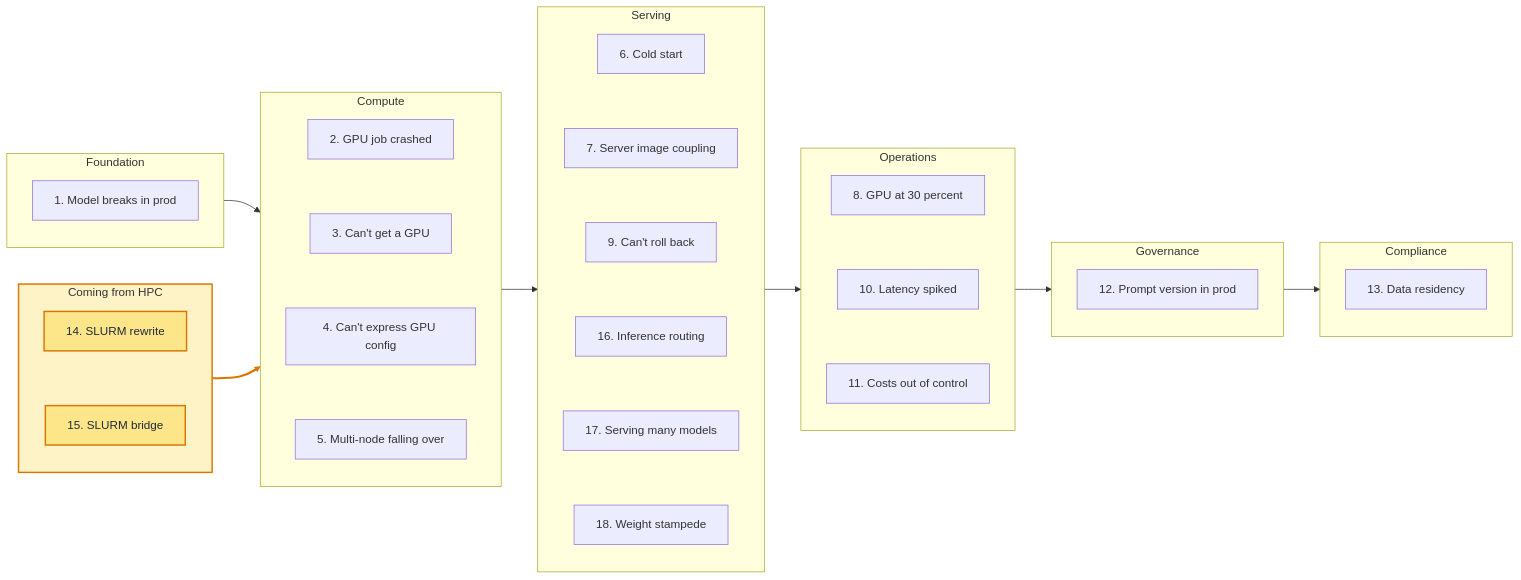
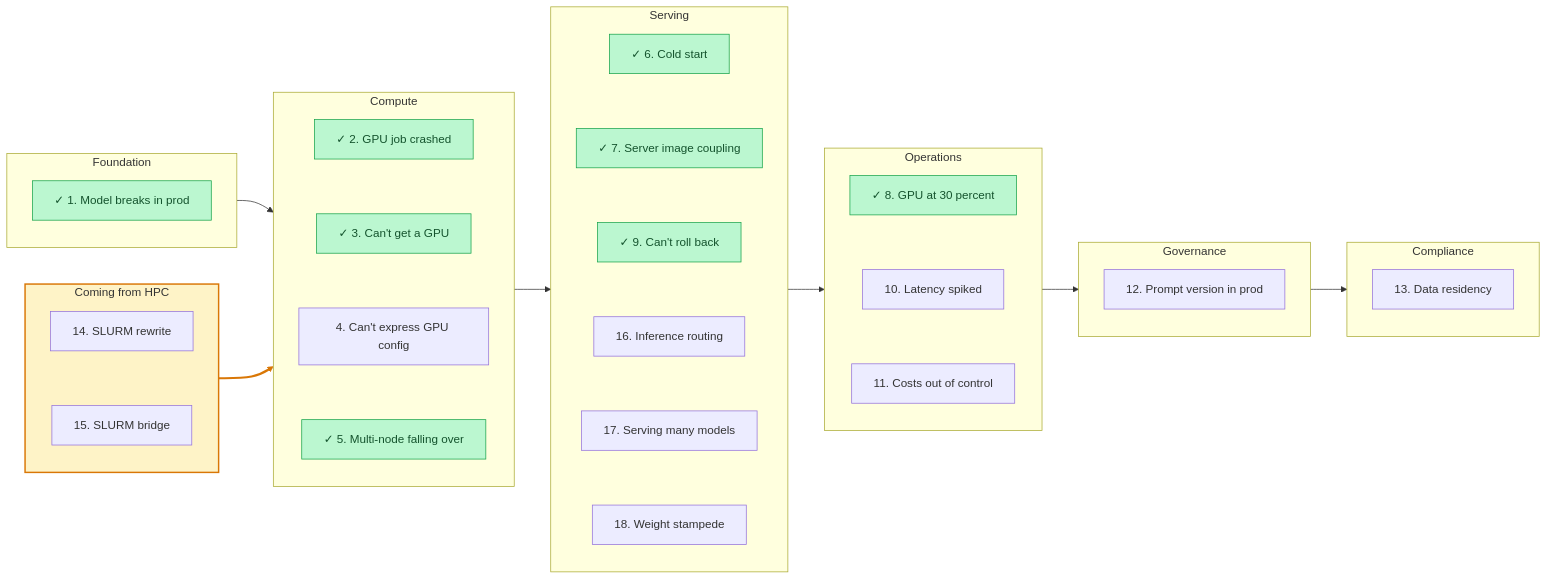
Before and after one commit to arun-gupta/the-pain-first-way: the diagram in README.md, drawn with Mermaid. The commit also changed other lines of this file, not shown here.

Commit message:
Color-code pains by example availability in the landscape
Add a second guidance layer: pains with a runnable before/after example today
(1,2,3,5,6,7,8,9) are green with a checkmark; planned pains stay default. Amber
is now reserved strictly for the HPC on-ramp (cluster border + route arrow), so
the two cues don't clash. Checkmark markers and a legend caption keep it
readable without relying on color alone.

````diff
--- a/README.md
+++ b/README.md
@@ -23,77 +23,77 @@
 ```mermaid
 flowchart LR
     subgraph S1[Foundation]
         direction TB
-        N1[1. Model breaks in prod]
+        N1[✓ 1. Model breaks in prod]
     end
     subgraph S2[Compute]
         direction TB
-        N2[2. GPU job crashed]
-        N3[3. Can't get a GPU]
+        N2[✓ 2. GPU job crashed]
+        N3[✓ 3. Can't get a GPU]
         N4[4. Can't express GPU config]
-        N5[5. Multi-node falling over]
+        N5[✓ 5. Multi-node falling over]
         N2 ~~~ N3
         N3 ~~~ N4
         N4 ~~~ N5
     end
     subgraph S3[Serving]
         direction TB
-        N6[6. Cold start]
-        N7[7. Server image coupling]
-        N9[9. Can't roll back]
+        N6[✓ 6. Cold start]
+        N7[✓ 7. Server image coupling]
+        N9[✓ 9. Can't roll back]
         N16[16. Inference routing]
         N17[17. Serving many models]
         N18[18. Weight stampede]
         N6 ~~~ N7
         N7 ~~~ N9
         N9 ~~~ N16
         N16 ~~~ N17
         N17 ~~~ N18
     end
     subgraph S4[Operations]
         direction TB
-        N8[8. GPU at 30 percent]
+        N8[✓ 8. GPU at 30 percent]
         N10[10. Latency spiked]
         N11[11. Costs out of control]
         N8 ~~~ N10
         N10 ~~~ N11
     end
     subgraph S5[Governance]
         direction TB
         N12[12. Prompt version in prod]
     end
     subgraph S6[Compliance]
         direction TB
         N13[13. Data residency]
     end
     subgraph SHPC[Coming from HPC]
         direction TB
         N14[14. SLURM rewrite]
         N15[15. SLURM bridge]
         N14 ~~~ N15
     end
     S1 --> S2 --> S3 --> S4 --> S5 --> S6
     SHPC ==> S2
-    classDef hpc fill:#fde68a,stroke:#d97706,stroke-width:2px,color:#1f2937;
-    class N14,N15 hpc;
+    classDef avail fill:#bbf7d0,stroke:#16a34a,stroke-width:1px,color:#14532d;
+    class N1,N2,N3,N5,N6,N7,N8,N9 avail;
     style SHPC fill:#fef3c7,stroke:#d97706,stroke-width:2px;
     linkStyle 16 stroke:#d97706,stroke-width:3px;
     click N1 "https://github.com/arun-gupta/the-pain-first-way/blob/main/pains/01-model-works-locally.md"
     click N2 "https://github.com/arun-gupta/the-pain-first-way/blob/main/pains/02-gpu-job-crashed.md"
     click N3 "https://github.com/arun-gupta/the-pain-first-way/blob/main/pains/03-cant-get-a-gpu.md"
     click N4 "https://github.com/arun-gupta/the-pain-first-way/blob/main/pains/04-whole-gpus-only.md"
     click N5 "https://github.com/arun-gupta/the-pain-first-way/blob/main/pains/05-multi-node-training.md"
     click N6 "https://github.com/arun-gupta/the-pain-first-way/blob/main/pains/06-cold-start.md"
     click N7 "https://github.com/arun-gupta/the-pain-first-way/blob/main/pains/07-server-image-coupling.md"
     click N8 "https://github.com/arun-gupta/the-pain-first-way/blob/main/pains/08-gpu-underutilized.md"
     click N9 "https://github.com/arun-gupta/the-pain-first-way/blob/main/pains/09-cant-roll-back.md"
     click N10 "https://github.com/arun-gupta/the-pain-first-way/blob/main/pains/10-latency-spiked.md"
     click N11 "https://github.com/arun-gupta/the-pain-first-way/blob/main/pains/11-costs-out-of-control.md"
     click N12 "https://github.com/arun-gupta/the-pain-first-way/blob/main/pains/12-prompt-version.md"
     click N13 "https://github.com/arun-gupta/the-pain-first-way/blob/main/pains/13-data-residency.md"
     click N14 "https://github.com/arun-gupta/the-pain-first-way/blob/main/pains/14-slurm-migration.md"
     click N15 "https://github.com/arun-gupta/the-pain-first-way/blob/main/pains/15-slurm-bridge.md"
     click N16 "https://github.com/arun-gupta/the-pain-first-way/blob/main/pains/16-inference-routing.md"
     click N17 "https://github.com/arun-gupta/the-pain-first-way/blob/main/pains/17-serving-many-models.md"
     click N18 "https://github.com/arun-gupta/the-pain-first-way/blob/main/pains/18-weight-stampede.md"
 ```
````
